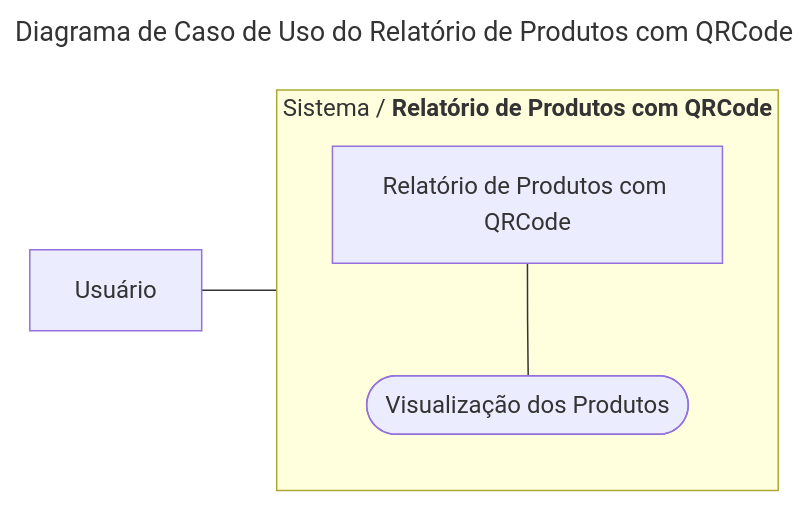
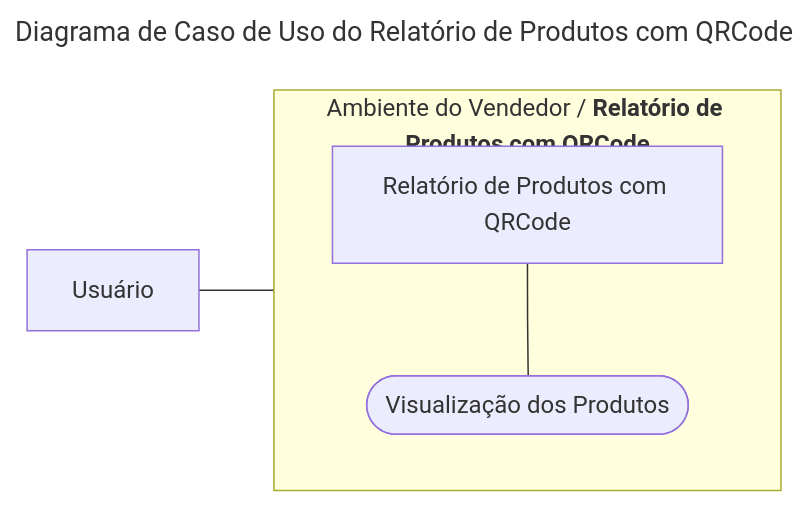
One commit to h4mn/fatec_tarefas changed the fifth of 24 diagrams in engenharia/diagrams.md. Above: the diagram before and after it, drawn with Mermaid. The commit also changed other lines of this file and 2 other files, not shown here.

````diff
--- a/engenharia/diagrams.md
+++ b/engenharia/diagrams.md
@@ -124,11 +124,11 @@
 ```mermaid
 ---
 title: Diagrama de Caso de Uso do Relatório de Produtos com QRCode
 ---
 graph LR
     A[Usuário] --- B[Relatório de Produtos com QRCode]
-    subgraph "`Sistema / **Relatório de Produtos com QRCode**`"
+    subgraph "`Ambiente do Vendedor / **Relatório de Produtos com QRCode**`"
         direction TB
         B --- C([Visualização dos Produtos])
     end
 ```
````
